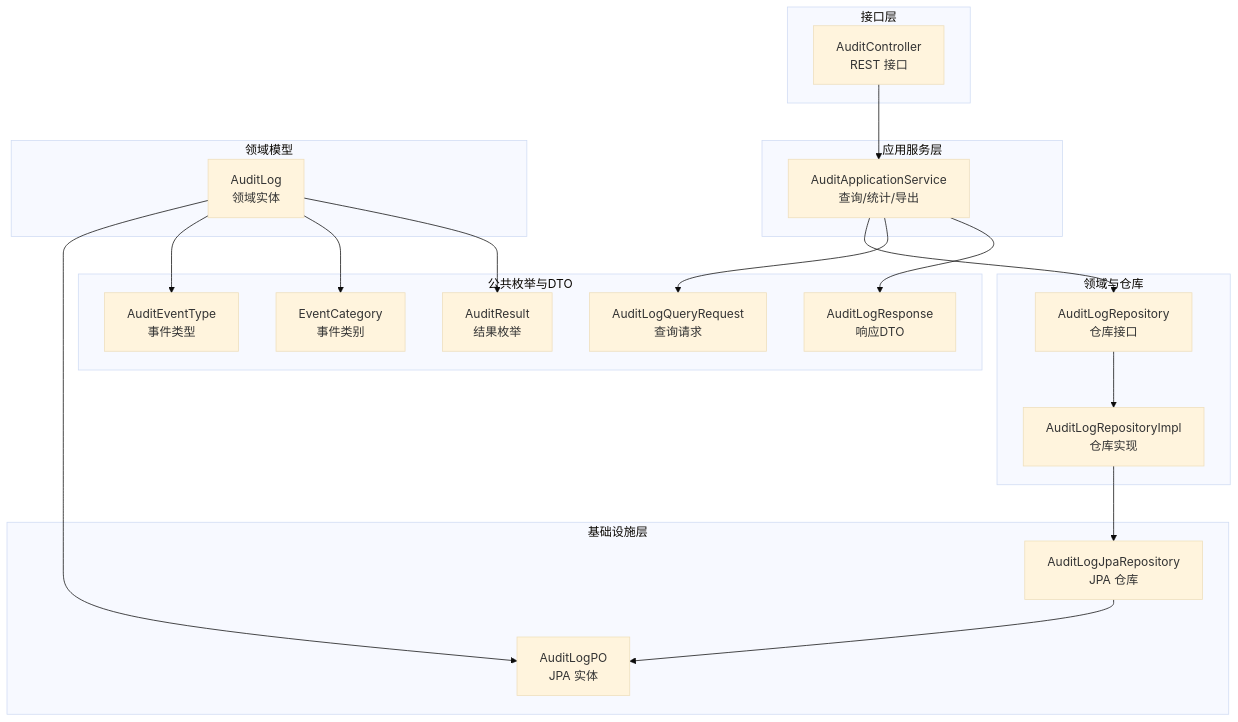
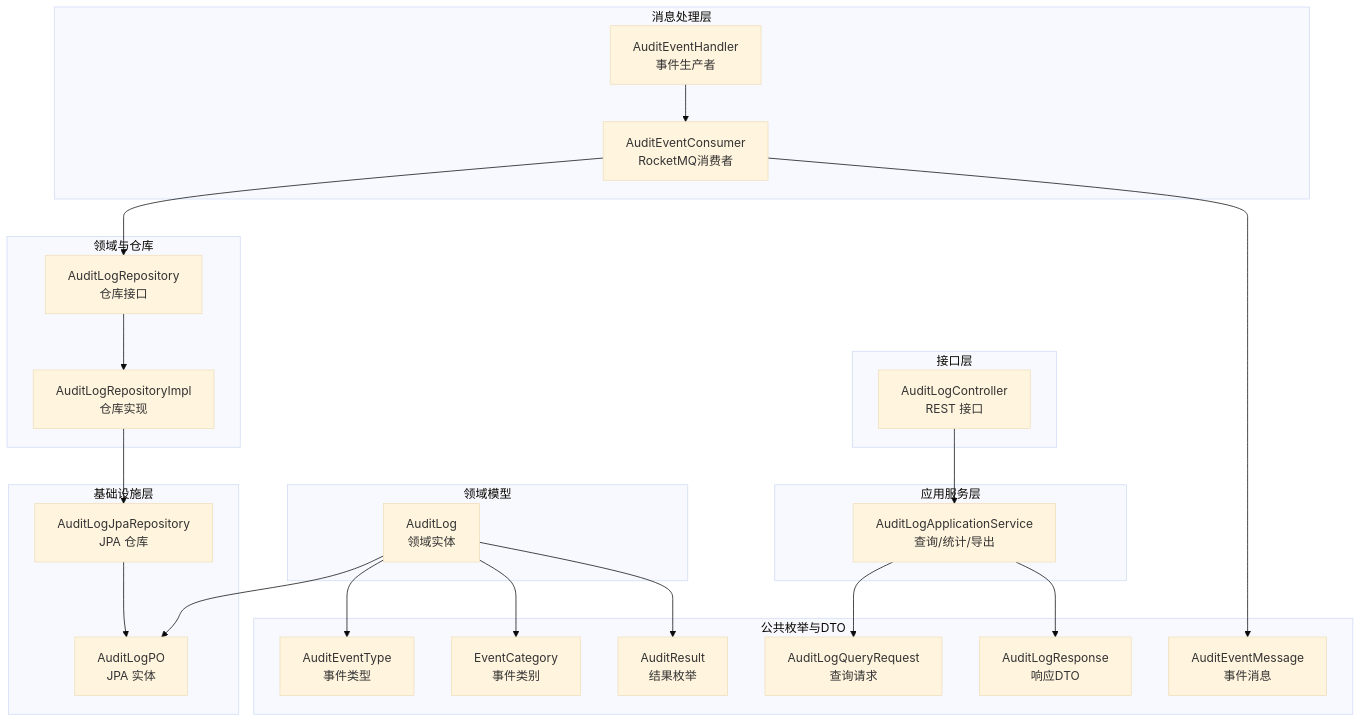
The first of 9 diagrams in .qoder/repowiki/zh/content/数据库设计/数据库架构/审计日志表.md (fq0121104930716/iam-platform), drawn with Mermaid (base theme) before and after one commit. The commit also changed other lines of this file and 219 other files, not shown here.

````diff
--- a/.qoder/repowiki/zh/content/数据库设计/数据库架构/审计日志表.md
+++ b/.qoder/repowiki/zh/content/数据库设计/数据库架构/审计日志表.md
@@ -51,36 +64,43 @@
 ```mermaid
 graph TB
+subgraph "消息处理层"
+Consumer["AuditEventConsumer<br/>RocketMQ消费者"]
+Producer["AuditEventHandler<br/>事件生产者"]
+end
 subgraph "接口层"
-Ctl["AuditController<br/>REST 接口"]
+Ctl["AuditLogController<br/>REST 接口"]
 end
 subgraph "应用服务层"
-Svc["AuditApplicationService<br/>查询/统计/导出"]
+Svc["AuditLogApplicationService<br/>查询/统计/导出"]
 end
 subgraph "领域与仓库"
 RepoI["AuditLogRepository<br/>仓库接口"]
 Impl["AuditLogRepositoryImpl<br/>仓库实现"]
 end
 subgraph "基础设施层"
 JpaRepo["AuditLogJpaRepository<br/>JPA 仓库"]
 Po["AuditLogPO<br/>JPA 实体"]
 end
 subgraph "领域模型"
 Entity["AuditLog<br/>领域实体"]
 end
 subgraph "公共枚举与DTO"
 EnumE["AuditEventType<br/>事件类型"]
 EnumC["EventCategory<br/>事件类别"]
 EnumR["AuditResult<br/>结果枚举"]
 Req["AuditLogQueryRequest<br/>查询请求"]
 Res["AuditLogResponse<br/>响应DTO"]
+Msg["AuditEventMessage<br/>事件消息"]
 end
-Ctl --> Svc
-Svc --> RepoI
+Producer --> Consumer
+Consumer --> RepoI
 RepoI --> Impl --> JpaRepo --> Po
 Entity --> Po
 Svc --> Req
 Svc --> Res
+Ctl --> Svc
 Entity --> EnumE
 Entity --> EnumC
 Entity --> EnumR
+Consumer --> Msg
 ```
````
